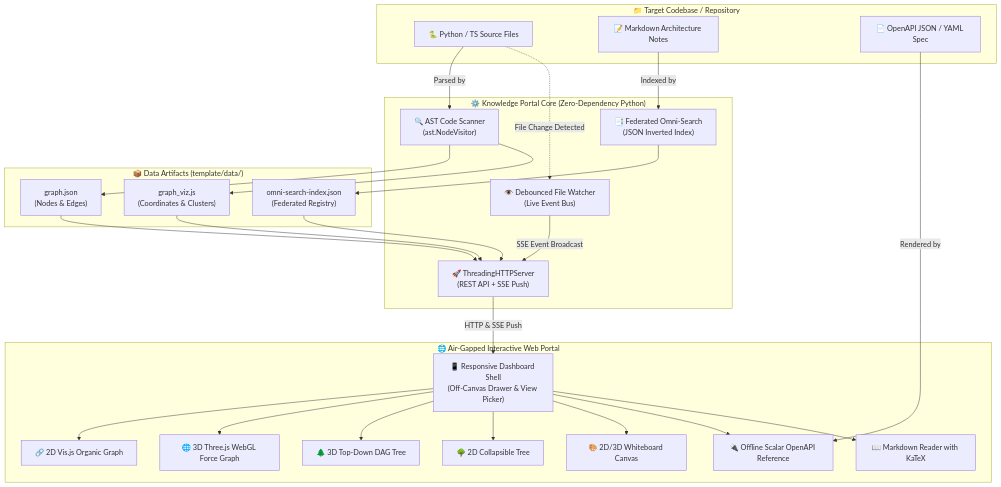
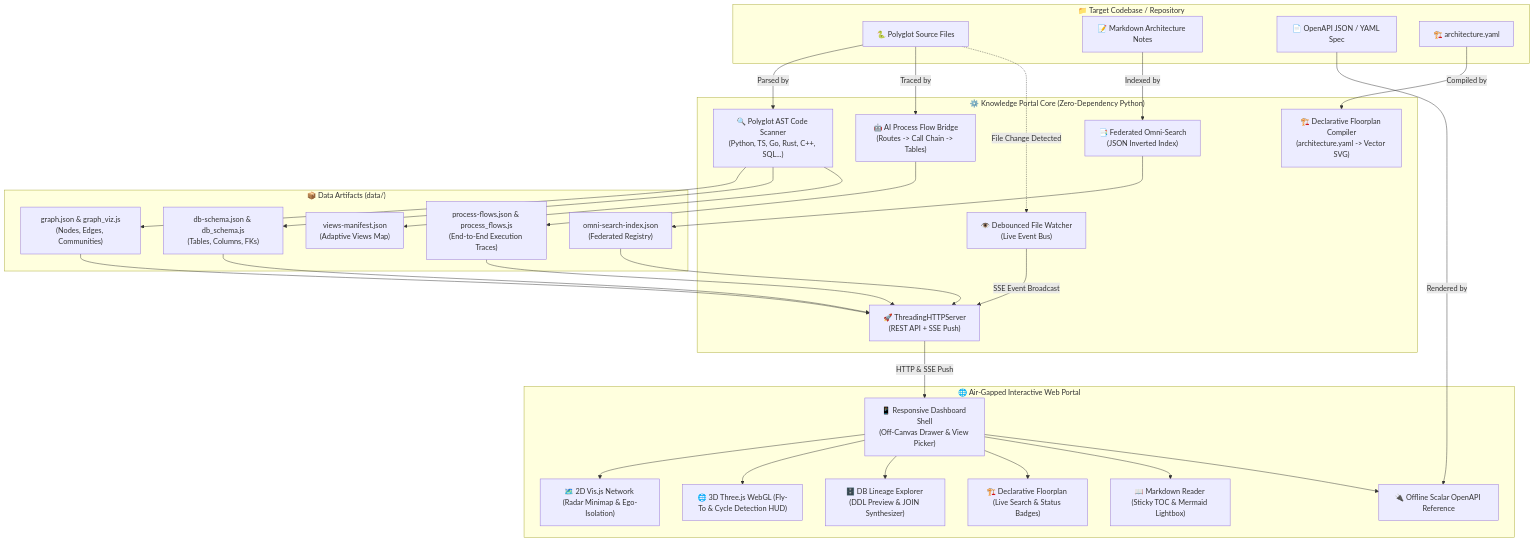
The first of 2 diagrams in README.md (andreafinazziinfo/knowledge-portal), drawn with Mermaid before and after one commit. The commit also changed other lines of this file and 11 other files, not shown here.

First line of the commit message:
feat(peak-excellence): 2D/3D ergonomics, live SQL tools, floorplan filtering, AI process flow bridge & dual manual

````diff
--- a/README.md
+++ b/README.md
@@ -30,46 +41,53 @@
 ```mermaid
 flowchart TD
     subgraph CoreEngine["⚙️ Knowledge Portal Core (Zero-Dependency Python)"]
-        Scanner["🔍 AST Code Scanner\n(ast.NodeVisitor)"]
+        Scanner["🔍 Polyglot AST Code Scanner\n(Python, TS, Go, Rust, C++, SQL...)"]
         Indexer["📑 Federated Omni-Search\n(JSON Inverted Index)"]
+        FlowEngine["🤖 AI Process Flow Bridge\n(Routes -> Call Chain -> Tables)"]
+        FloorplanCompiler["🏗️ Declarative Floorplan Compiler\n(architecture.yaml -> Vector SVG)"]
         Server["🚀 ThreadingHTTPServer\n(REST API + SSE Push)"]
         Watcher["👁️ Debounced File Watcher\n(Live Event Bus)"]
     end
 
     subgraph TargetCodebase["📁 Target Codebase / Repository"]
-        SourceFiles["🐍 Python / TS Source Files"]
+        SourceFiles["🐍 Polyglot Source Files"]
         DocFiles["📝 Markdown Architecture Notes"]
         OpenAPISpec["📄 OpenAPI JSON / YAML Spec"]
+        ArchYaml["🏗️ architecture.yaml"]
     end
 
-    subgraph DataArtifacts["📦 Data Artifacts (template/data/)"]
-        GraphJSON["graph.json\n(Nodes & Edges)"]
-        GraphViz["graph_viz.js\n(Coordinates & Clusters)"]
+    subgraph DataArtifacts["📦 Data Artifacts (data/)"]
+        GraphJSON["graph.json & graph_viz.js\n(Nodes, Edges, Communities)"]
+        DBSchema["db-schema.json & db_schema.js\n(Tables, Columns, FKs)"]
+        ProcessFlows["process-flows.json & process_flows.js\n(End-to-End Execution Traces)"]
         OmniIndex["omni-search-index.json\n(Federated Registry)"]
+        ViewsManifest["views-manifest.json\n(Adaptive Views Map)"]
     end
 
     subgraph WebPortal["🌐 Air-Gapped Interactive Web Portal"]
         Shell["📱 Responsive Dashboard Shell\n(Off-Canvas Drawer & View Picker)"]
-        View2D["🔗 2D Vis.js Organic Graph"]
-        View3D["🌐 3D Three.js WebGL Force Graph"]
-        ViewDAG["🌲 3D Top-Down DAG Tree"]
-        ViewTree["🌳 2D Collapsible Tree"]
-        ViewCanvas["🎨 2D/3D Whiteboard Canvas"]
+        View2D["🗺️ 2D Vis.js Network (Radar Minimap & Ego-Isolation)"]
+        View3D["🌐 3D Three.js WebGL (Fly-To & Cycle Detection HUD)"]
+        ViewDB["🗄️ DB Lineage Explorer (DDL Preview & JOIN Synthesizer)"]
+        ViewFP["🏗️ Declarative Floorplan (Live Search & Status Badges)"]
+        ViewReader["📖 Markdown Reader (Sticky TOC & Mermaid Lightbox)"]
         ViewScalar["🔌 Offline Scalar OpenAPI Reference"]
-        ViewReader["📖 Markdown Reader with KaTeX"]
     end
 
     SourceFiles -->|Parsed by| Scanner
+    SourceFiles -->|Traced by| FlowEngine
     DocFiles -->|Indexed by| Indexer
+    ArchYaml -->|Compiled by| FloorplanCompiler
     OpenAPISpec -->|Rendered by| ViewScalar
 
-    Scanner --> GraphJSON & GraphViz
+    Scanner --> GraphJSON & DBSchema & ViewsManifest
+    FlowEngine --> ProcessFlows
     Indexer --> OmniIndex
 
-    GraphJSON & GraphViz & OmniIndex --> Server
+    GraphJSON & DBSchema & ProcessFlows & OmniIndex --> Server
     Server -->|HTTP & SSE Push| Shell
 
-    Shell --> View2D & View3D & ViewDAG & ViewTree & ViewCanvas & ViewScalar & ViewReader
+    Shell --> View2D & View3D & ViewDB & ViewFP & ViewReader & ViewScalar
     SourceFiles -.->|File Change Detected| Watcher
     Watcher -->|SSE Event Broadcast| Server
 ```
````
